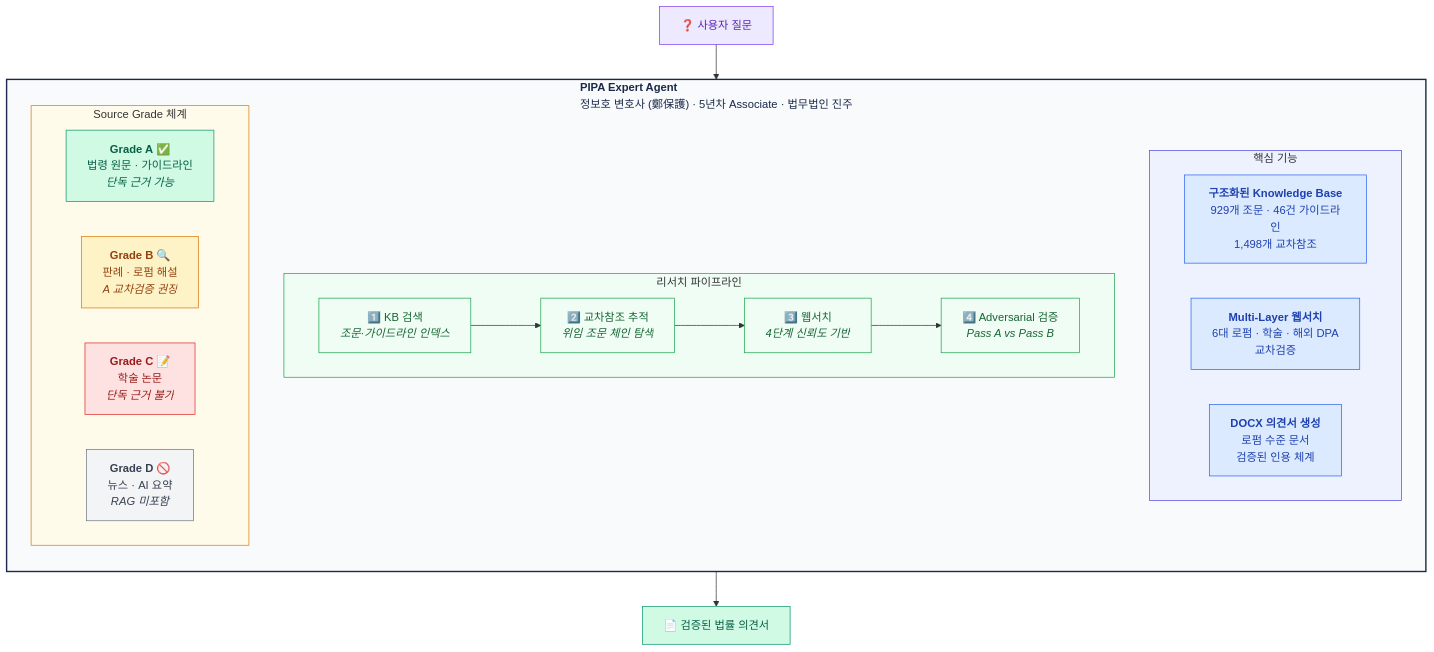
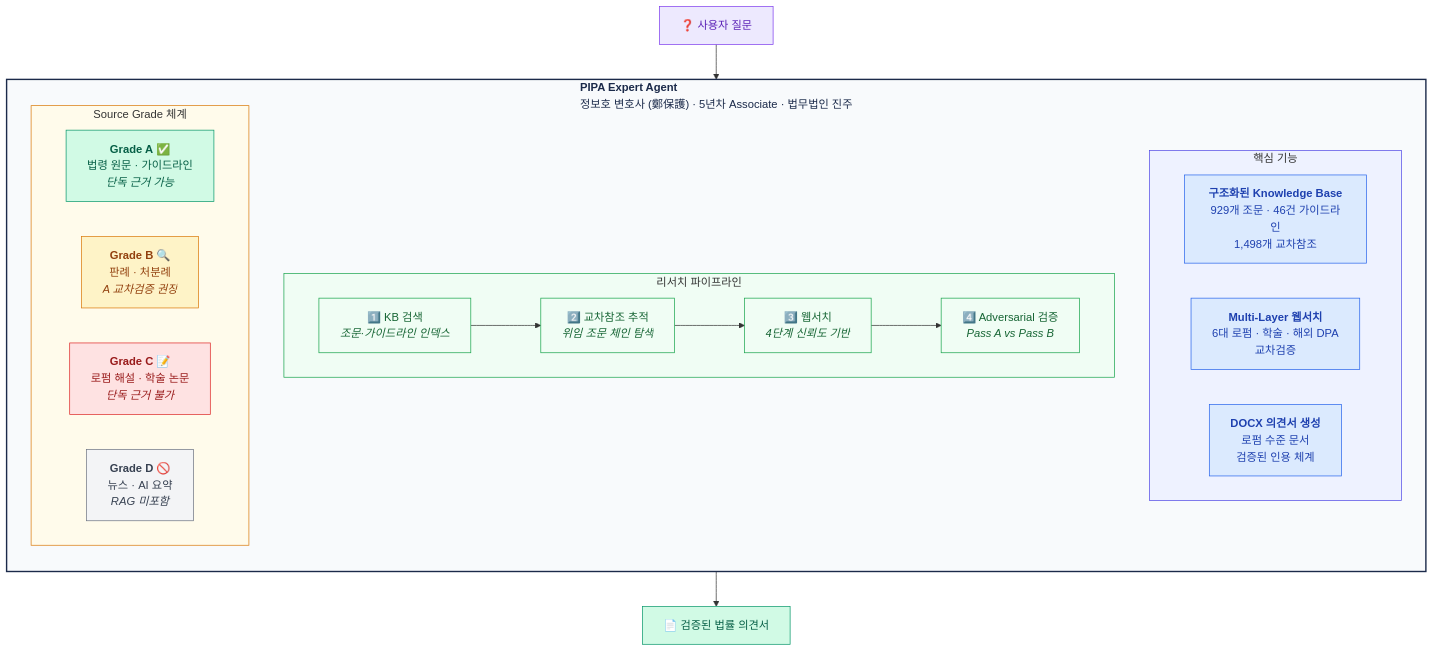
The first of 2 diagrams in README.ko.md (kipeum86/PIPA-expert), drawn with Mermaid before and after one commit. The commit also changed 11 other files, not shown here.

````diff
--- a/README.ko.md
+++ b/README.ko.md
@@ -47,51 +47,51 @@
 ```mermaid
 graph TB
     subgraph agent["<b>PIPA Expert Agent</b><br/>정보호 변호사 (鄭保護) · 5년차 Associate · 법무법인 진주"]
         direction TB
 
         subgraph core["핵심 기능"]
             direction LR
             KB["<b>구조화된 Knowledge Base</b><br/>929개 조문 · 46건 가이드라인<br/>1,498개 교차참조"]
             WS["<b>Multi-Layer 웹서치</b><br/>6대 로펌 · 학술 · 해외 DPA<br/>교차검증"]
             DX["<b>DOCX 의견서 생성</b><br/>로펌 수준 문서<br/>검증된 인용 체계"]
         end
 
         subgraph pipeline["리서치 파이프라인"]
             direction LR
             S1["1️⃣ KB 검색<br/><i>조문·가이드라인 인덱스</i>"]
             S2["2️⃣ 교차참조 추적<br/><i>위임 조문 체인 탐색</i>"]
             S3["3️⃣ 웹서치<br/><i>4단계 신뢰도 기반</i>"]
             S4["4️⃣ Adversarial 검증<br/><i>Pass A vs Pass B</i>"]
             S1 --> S2 --> S3 --> S4
         end
 
         subgraph grades["Source Grade 체계"]
             direction LR
             GA["<b>Grade A</b> ✅<br/>법령 원문 · 가이드라인<br/><i>단독 근거 가능</i>"]
-            GB["<b>Grade B</b> 🔍<br/>판례 · 로펌 해설<br/><i>A 교차검증 권장</i>"]
-            GC["<b>Grade C</b> 📝<br/>학술 논문<br/><i>단독 근거 불가</i>"]
+            GB["<b>Grade B</b> 🔍<br/>판례 · 처분례<br/><i>A 교차검증 권장</i>"]
+            GC["<b>Grade C</b> 📝<br/>로펌 해설 · 학술 논문<br/><i>단독 근거 불가</i>"]
             GD["<b>Grade D</b> 🚫<br/>뉴스 · AI 요약<br/><i>RAG 미포함</i>"]
         end
     end
 
     Q["❓ 사용자 질문"] --> S1
     S4 --> O["📄 검증된 법률 의견서"]
 
     style agent fill:#f8fafc,stroke:#1B2A4A,stroke-width:2px,color:#1B2A4A
     style core fill:#eef2ff,stroke:#4f46e5,stroke-width:1px
     style pipeline fill:#f0fdf4,stroke:#16a34a,stroke-width:1px
     style grades fill:#fffbeb,stroke:#d97706,stroke-width:1px
     style KB fill:#dbeafe,stroke:#2563eb,color:#1e40af
     style WS fill:#dbeafe,stroke:#2563eb,color:#1e40af
     style DX fill:#dbeafe,stroke:#2563eb,color:#1e40af
     style GA fill:#d1fae5,stroke:#059669,color:#065f46
     style GB fill:#fef3c7,stroke:#d97706,color:#92400e
     style GC fill:#fee2e2,stroke:#dc2626,color:#991b1b
     style GD fill:#f3f4f6,stroke:#6b7280,color:#374151
     style Q fill:#ede9fe,stroke:#7c3aed,color:#5b21b6
     style O fill:#d1fae5,stroke:#059669,color:#065f46
     style S1 fill:#f0fdf4,stroke:#16a34a,color:#166534
     style S2 fill:#f0fdf4,stroke:#16a34a,color:#166534
     style S3 fill:#f0fdf4,stroke:#16a34a,color:#166534
     style S4 fill:#f0fdf4,stroke:#16a34a,color:#166534
 ```
````
